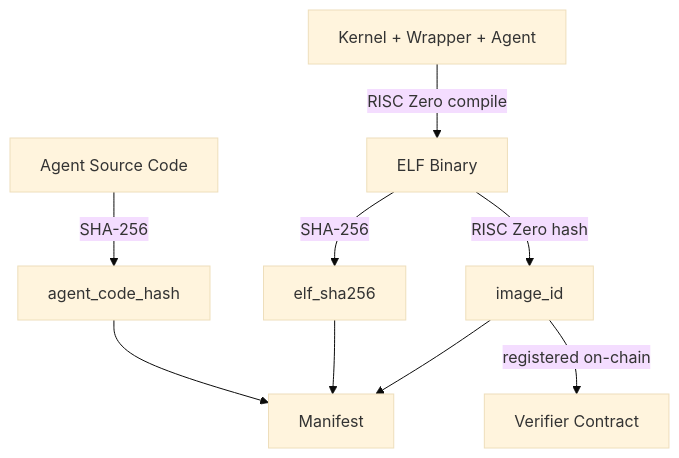
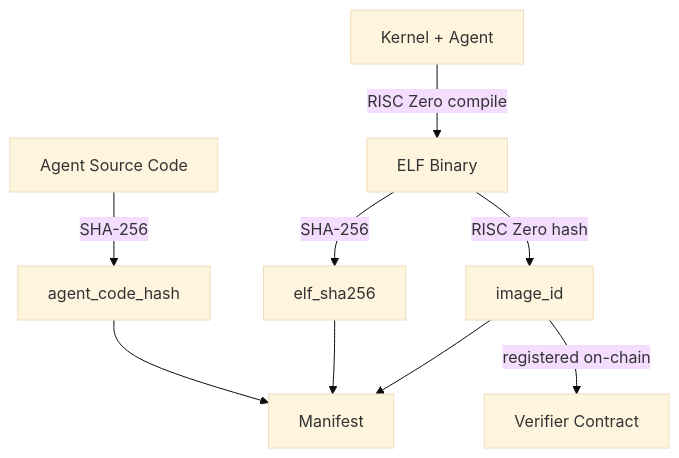
One commit to Mehd1b/Tokamak-AI-Layer changed the second of 2 diagrams in execution-kernel/docs/docs/agent-pack/format.md. Above: the diagram before and after it, drawn with Mermaid (base theme). The commit also changed other lines of this file and 69 other files, not shown here.

````diff
--- a/execution-kernel/docs/docs/agent-pack/format.md
+++ b/execution-kernel/docs/docs/agent-pack/format.md
@@ -135,12 +135,12 @@
 ```mermaid
 flowchart TD
     A[Agent Source Code] -->|SHA-256| B[agent_code_hash]
-    C[Kernel + Wrapper + Agent] -->|RISC Zero compile| D[ELF Binary]
+    C[Kernel + Agent] -->|RISC Zero compile| D[ELF Binary]
     D -->|SHA-256| E[elf_sha256]
     D -->|RISC Zero hash| F[image_id]
 
     F -->|registered on-chain| G[Verifier Contract]
     B --> H[Manifest]
     E --> H
     F --> H
 ```
````
